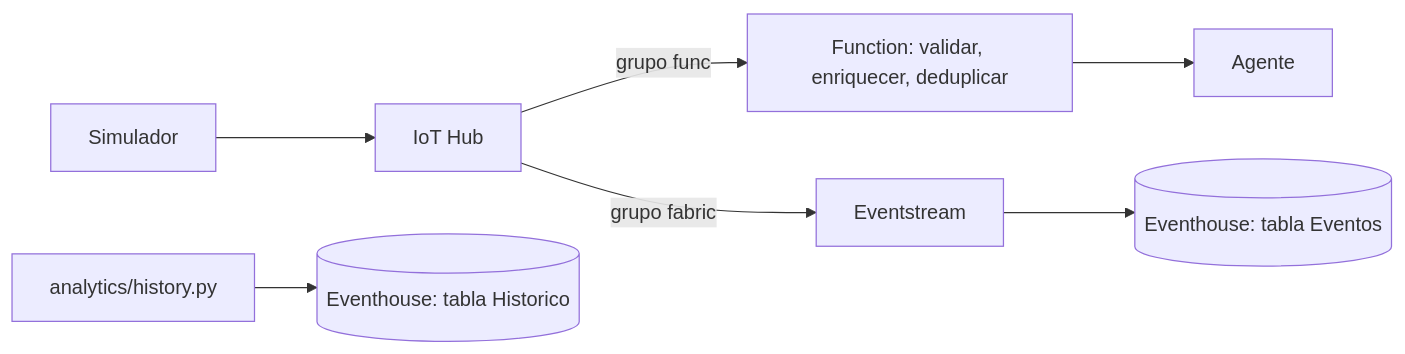
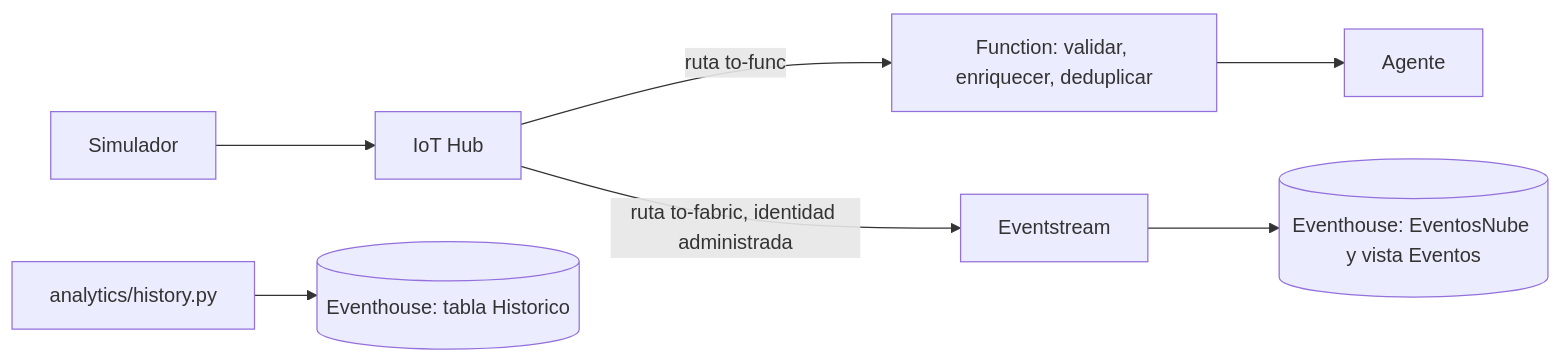
The diagram in analytics/README.md (CSA-DanielVillamizar/Del_sensor_al_agente), drawn with Mermaid before and after one commit. The commit also changed other lines of this file and 10 other files, not shown here.

Commit message:
T-059 HU-15: ruta hacia Fabric sin claves con la identidad administrada del IoT Hub (DEC-IA-02 v2); se elimina fabric-reader

````diff
--- a/analytics/README.md
+++ b/analytics/README.md
@@ -7,7 +7,7 @@
 ```mermaid
 flowchart LR
   S[Simulador] --> H[IoT Hub]
-  H -- grupo func --> F[Function: validar, enriquecer, deduplicar] --> A[Agente]
-  H -- grupo fabric --> E[Eventstream] --> K[(Eventhouse: tabla Eventos)]
+  H -- ruta to-func --> F[Function: validar, enriquecer, deduplicar] --> A[Agente]
+  H -- ruta to-fabric, identidad administrada --> E[Eventstream] --> K[(Eventhouse: EventosNube y vista Eventos)]
   G[analytics/history.py] --> K2[(Eventhouse: tabla Historico)]
 ```
````
